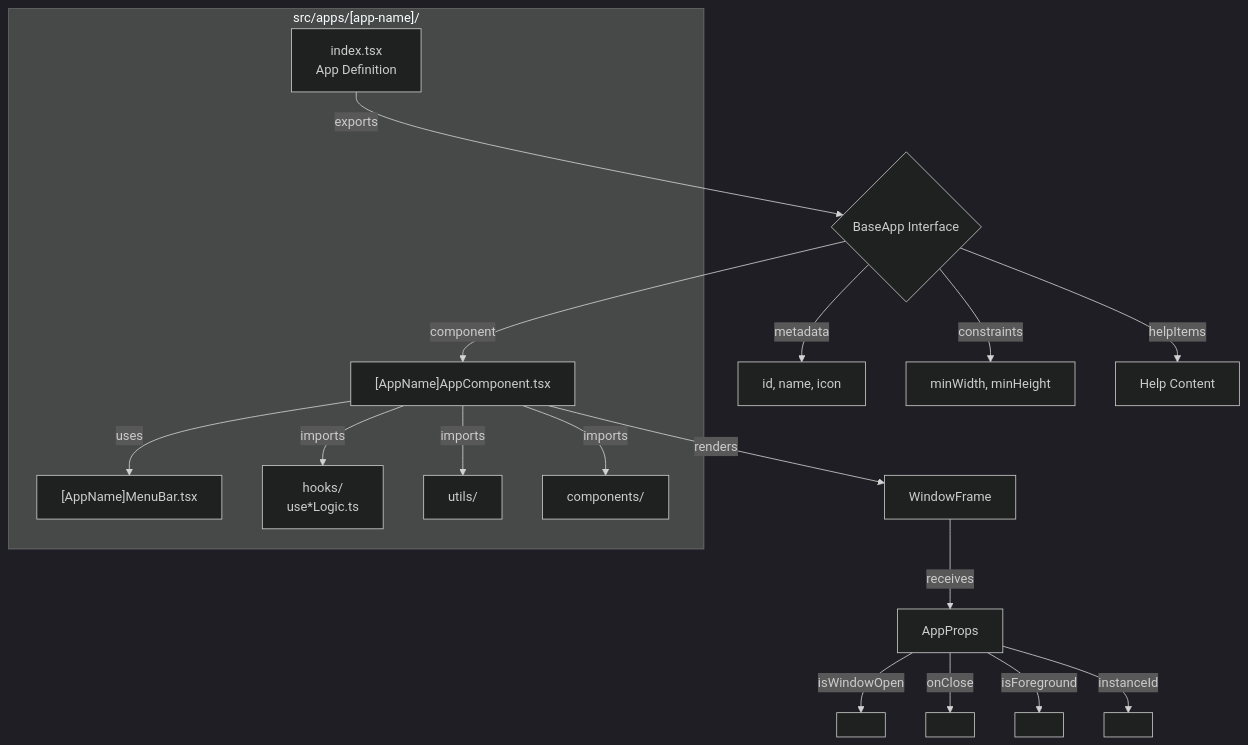
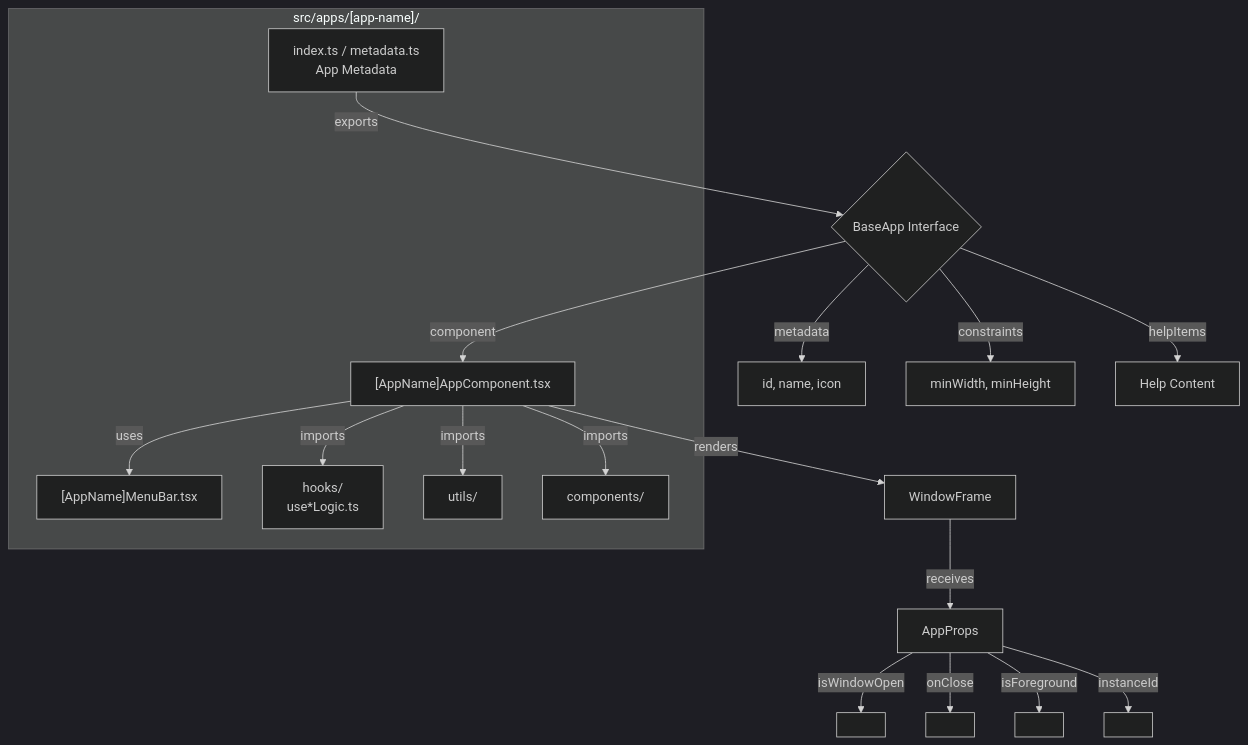
One commit to ryokun6/ryos changed the second of 2 diagrams in docs/3-application-framework.md. Above: the diagram before and after it, drawn with Mermaid (dark theme). The commit also changed other lines of this file and 60 other files, not shown here.

````diff
--- a/docs/3-application-framework.md
+++ b/docs/3-application-framework.md
@@ -62,29 +62,29 @@
 ```mermaid
 graph TD
     subgraph AppModule["src/apps/[app-name]/"]
-        INDEX[index.tsx<br/>App Definition]
+        INDEX[index.ts / metadata.ts<br/>App Metadata]
         MAIN["[AppName]AppComponent.tsx"]
         MENU["[AppName]MenuBar.tsx"]
         HOOKS[hooks/<br/>use*Logic.ts]
         UTILS[utils/]
         COMPS[components/]
     end
 
     INDEX -->|exports| DEF{BaseApp Interface}
     DEF -->|component| MAIN
     DEF -->|metadata| META[id, name, icon]
     DEF -->|constraints| CONS[minWidth, minHeight]
     DEF -->|helpItems| HELP[Help Content]
 
     MAIN -->|renders| WF[WindowFrame]
     MAIN -->|uses| MENU
     MAIN -->|imports| HOOKS
     MAIN -->|imports| UTILS
     MAIN -->|imports| COMPS
 
     WF -->|receives| PROPS[AppProps]
     PROPS -->|isWindowOpen| P1[ ]
     PROPS -->|onClose| P2[ ]
     PROPS -->|isForeground| P3[ ]
     PROPS -->|instanceId| P4[ ]
 ```
````
